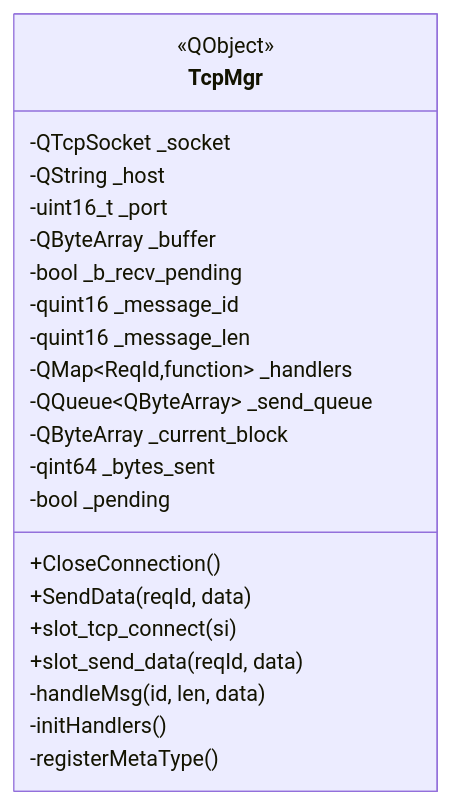
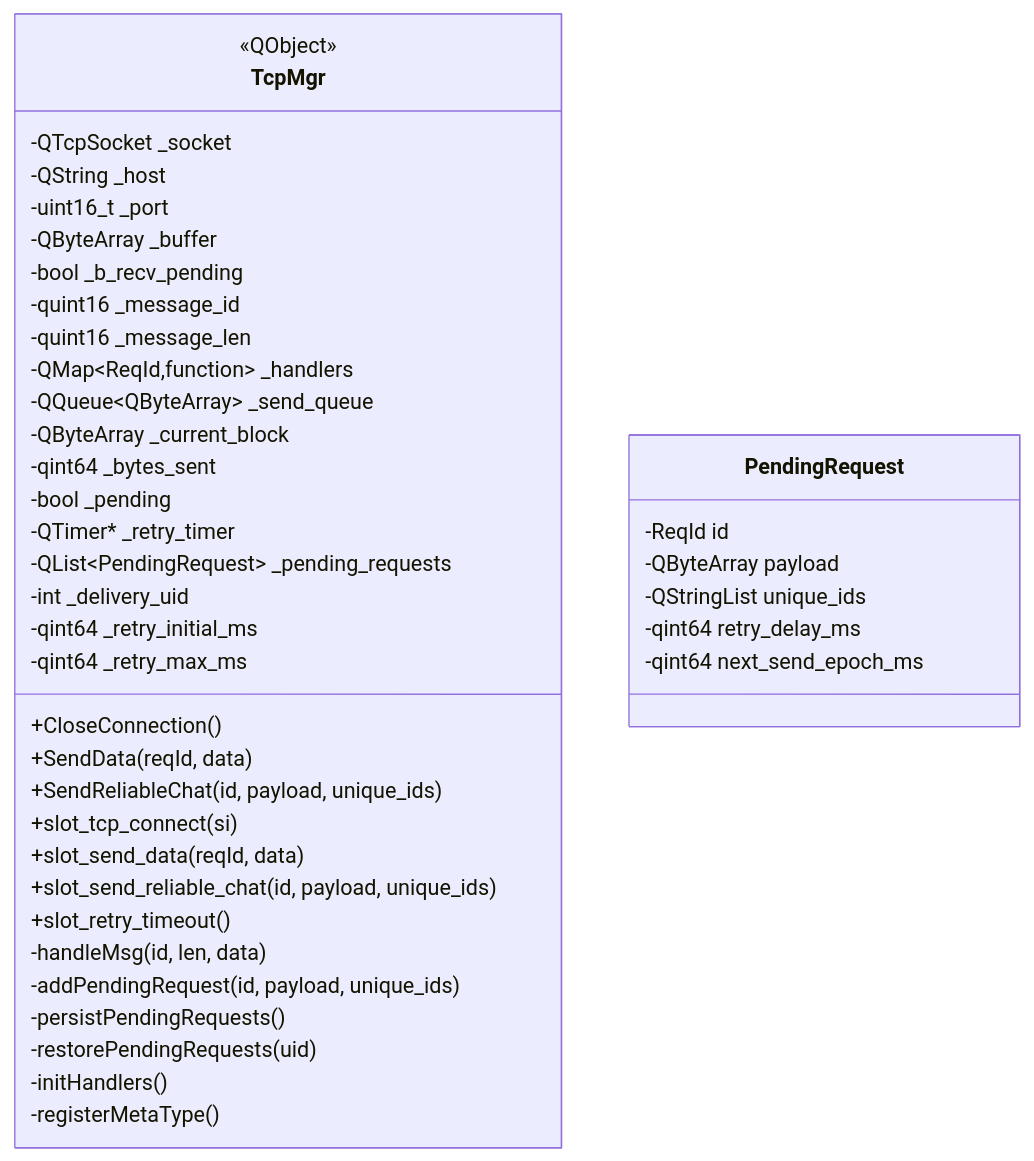
One commit to echo9923/mychatter changed the third of 12 diagrams in .qoder/repowiki/zh/content/客户端开发/网络通信/TCP通信.md. Above: the diagram before and after it, drawn with Mermaid. The commit also changed other lines of this file and 54 other files, not shown here.

````diff
--- a/.qoder/repowiki/zh/content/客户端开发/网络通信/TCP通信.md
+++ b/.qoder/repowiki/zh/content/客户端开发/网络通信/TCP通信.md
@@ -141,25 +185,43 @@
 ```mermaid
 classDiagram
 class TcpMgr {
 -QTcpSocket _socket
 -QString _host
 -uint16_t _port
 -QByteArray _buffer
 -bool _b_recv_pending
 -quint16 _message_id
 -quint16 _message_len
 -QMap~ReqId,function~ _handlers
 -QQueue~QByteArray~ _send_queue
 -QByteArray _current_block
 -qint64 _bytes_sent
 -bool _pending
+-QTimer* _retry_timer
+-QList~PendingRequest~ _pending_requests
+-int _delivery_uid
+-qint64 _retry_initial_ms
+-qint64 _retry_max_ms
 +CloseConnection()
 +SendData(reqId, data)
++SendReliableChat(id, payload, unique_ids)
 +slot_tcp_connect(si)
 +slot_send_data(reqId, data)
++slot_send_reliable_chat(id, payload, unique_ids)
++slot_retry_timeout()
 -handleMsg(id, len, data)
+-addPendingRequest(id, payload, unique_ids)
+-persistPendingRequests()
+-restorePendingRequests(uid)
 -initHandlers()
 -registerMetaType()
 <<QObject>>
 }
+class PendingRequest {
+-ReqId id
+-QByteArray payload
+-QStringList unique_ids
+-qint64 retry_delay_ms
+-qint64 next_send_epoch_ms
+}
 ```
````
